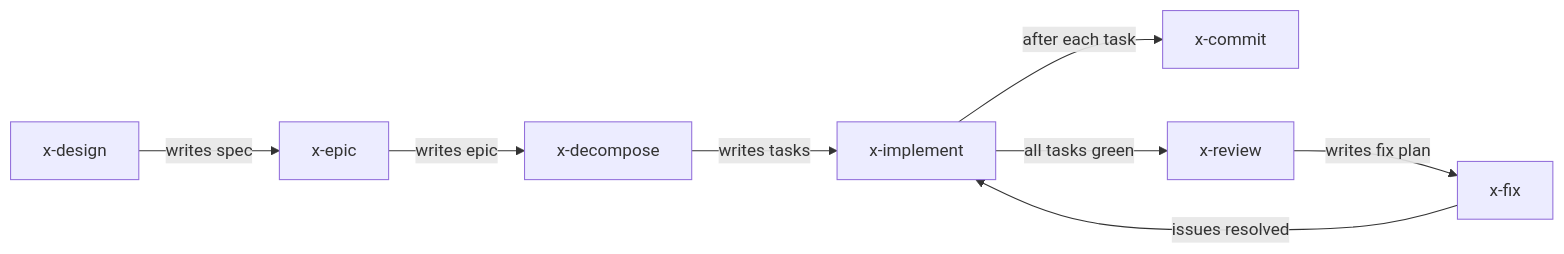
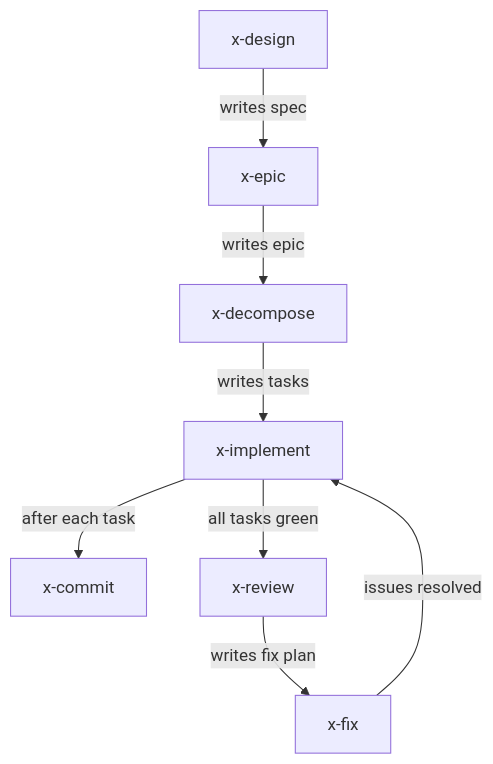
The diagram in README.md (lleqsnoom/xskills), drawn with Mermaid before and after one commit.

Commit message:
docs: make skill flow chart vertical

````diff
--- a/README.md
+++ b/README.md
@@ -62,10 +62,10 @@
 ```mermaid
-flowchart LR
+flowchart TD
     A[x-design] -->|writes spec| B[x-epic]
     B -->|writes epic| C[x-decompose]
     C -->|writes tasks| D[x-implement]
     D -->|after each task| E[x-commit]
     D -->|all tasks green| F[x-review]
     F -->|writes fix plan| G[x-fix]
     G -->|issues resolved| D
 ```
````
